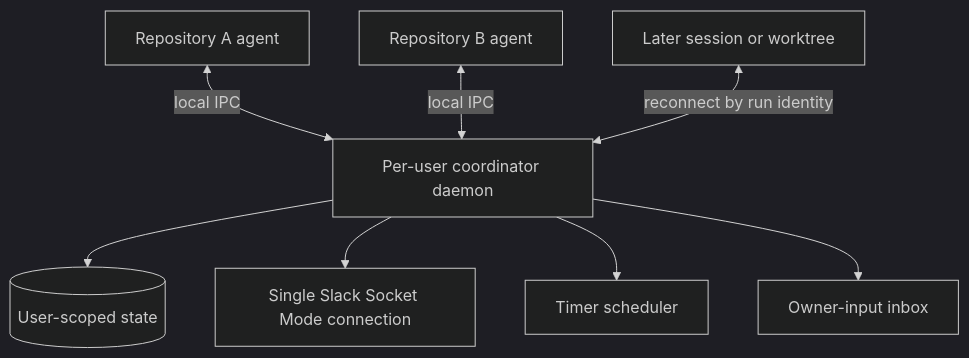
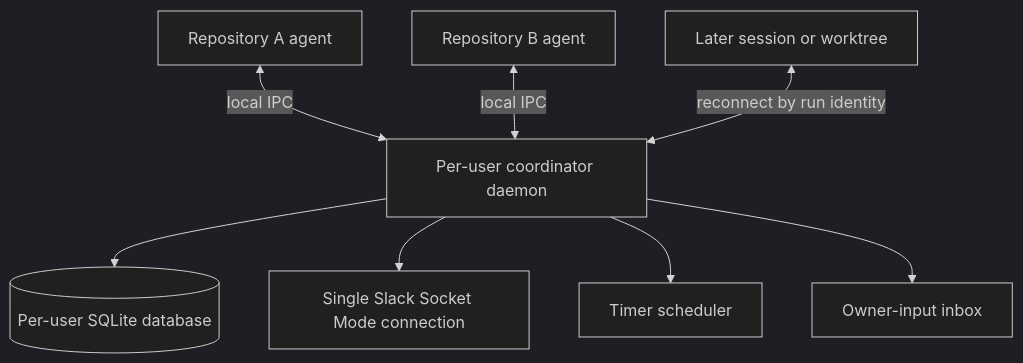
Before and after one commit to MarkTripoli/skills: the fourth of 4 diagrams in .agents/tasks/i-want-new-skill/03-tdd-slack-agent-communication.md, drawn with Mermaid (dark theme). The commit also changed other lines of this file, not shown here.

````diff
--- a/.agents/tasks/i-want-new-skill/03-tdd-slack-agent-communication.md
+++ b/.agents/tasks/i-want-new-skill/03-tdd-slack-agent-communication.md
@@ -99,12 +99,12 @@
 ```mermaid
 flowchart TD
     D[Per-user coordinator daemon]
-    D --> S[(User-scoped state)]
+    D --> S[(Per-user SQLite database)]
     D --> SA[Single Slack Socket Mode connection]
     D --> T[Timer scheduler]
     D --> I[Owner-input inbox]
 
     R1[Repository A agent] <-->|local IPC| D
     R2[Repository B agent] <-->|local IPC| D
     W[Later session or worktree] <-->|reconnect by run identity| D
 ```
````
